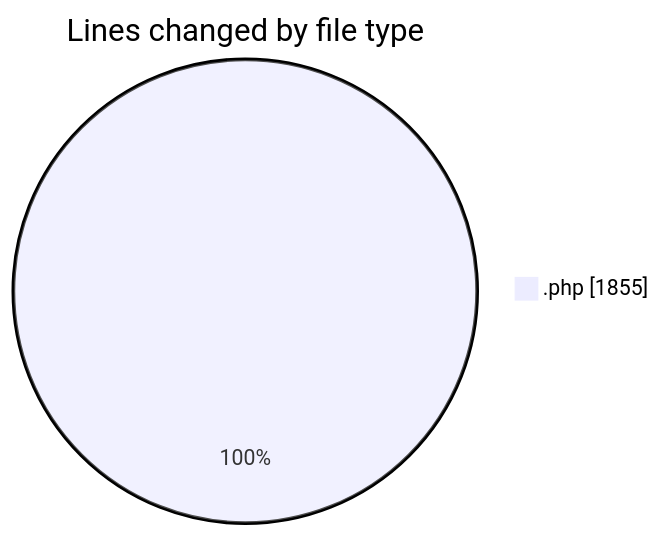
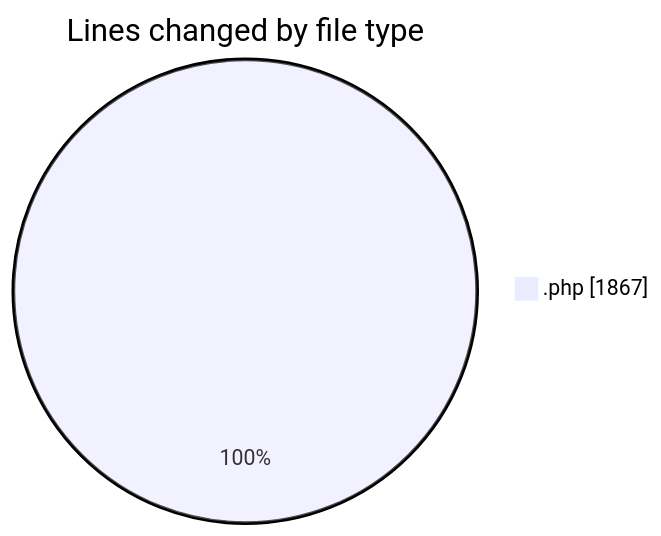
One commit to LanceThiago/code-tracking changed the first of 2 diagrams in 2026-08-28/oficina/README.md. Above: the diagram before and after it, drawn with Mermaid. The commit also changed other lines of this file and 1 other file, not shown here.

````diff
--- a/2026-08-28/oficina/README.md
+++ b/2026-08-28/oficina/README.md
@@ -20,5 +20,5 @@
 ```mermaid
 pie showData
 title Lines changed by file type
-".php" : 1855
+".php" : 1867
 ```
````
